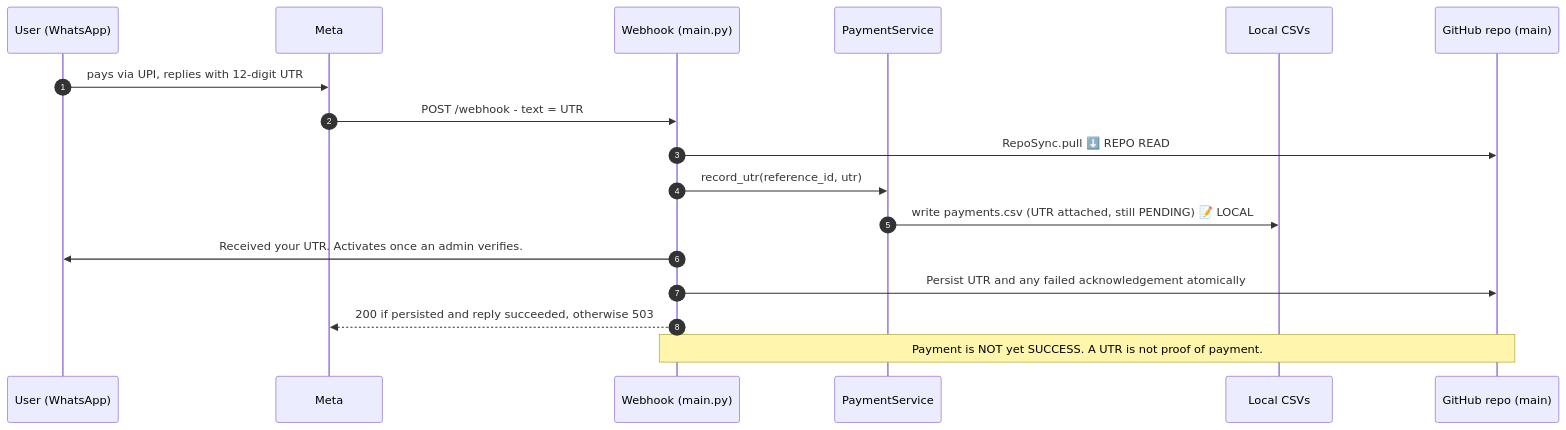
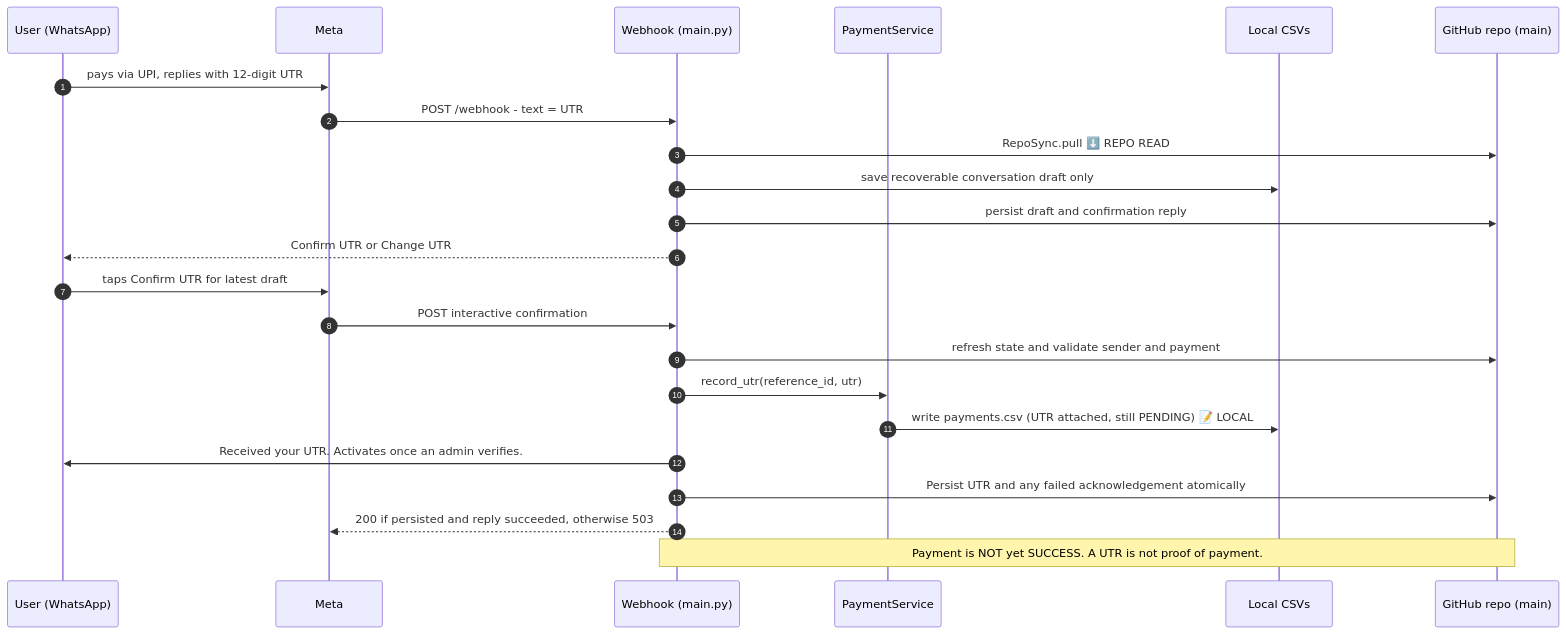
Before and after one commit to mishnit/daily-darshan: the eighth of 12 diagrams in sequence-diagrams.md, drawn with Mermaid. The commit also changed other lines of this file and 11 other files, not shown here.

Commit message:
Require customer confirmation before submitting UTR for review

````diff
--- a/sequence-diagrams.md
+++ b/sequence-diagrams.md
@@ -387,20 +398,26 @@
 ```mermaid
 sequenceDiagram
     autonumber
     participant User as User (WhatsApp)
     participant Meta
     participant Web as Webhook (main.py)
     participant Pay as PaymentService
     participant Local as Local CSVs
     participant Repo as GitHub repo (main)
 
     User->>Meta: pays via UPI, replies with 12-digit UTR
     Meta->>Web: POST /webhook - text = UTR
     Web->>Repo: RepoSync.pull  ⬇️ REPO READ
+    Web->>Local: save recoverable conversation draft only
+    Web->>Repo: persist draft and confirmation reply
+    Web-->>User: Confirm UTR or Change UTR
+    User->>Meta: taps Confirm UTR for latest draft
+    Meta->>Web: POST interactive confirmation
+    Web->>Repo: refresh state and validate sender and payment
     Web->>Pay: record_utr(reference_id, utr)
     Pay->>Local: write payments.csv (UTR attached, still PENDING)  📝 LOCAL
     Web->>User: Received your UTR. Activates once an admin verifies.
     Web->>Repo: Persist UTR and any failed acknowledgement atomically
     Web-->>Meta: 200 if persisted and reply succeeded, otherwise 503
     Note over Web,Repo: Payment is NOT yet SUCCESS. A UTR is not proof of payment.
 ```
````
